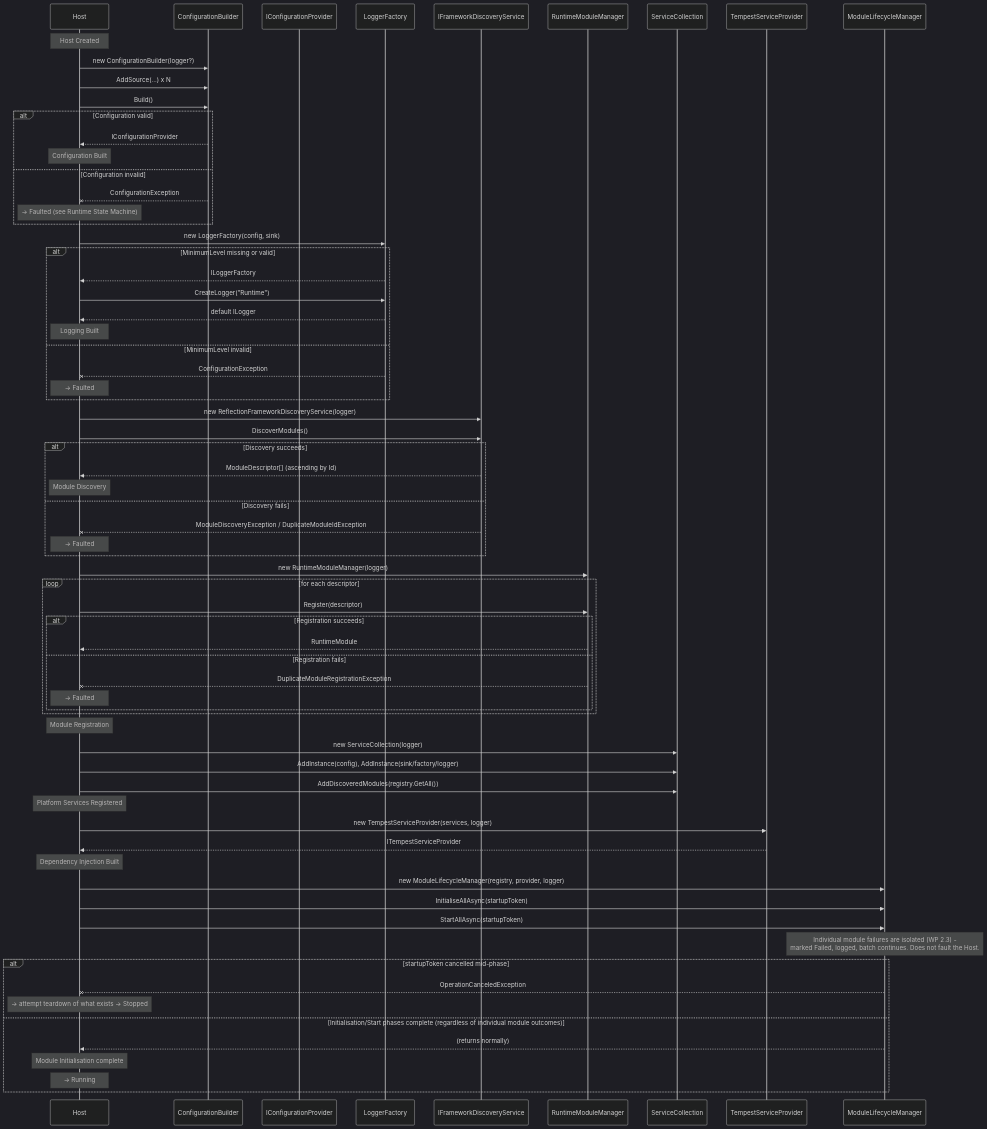
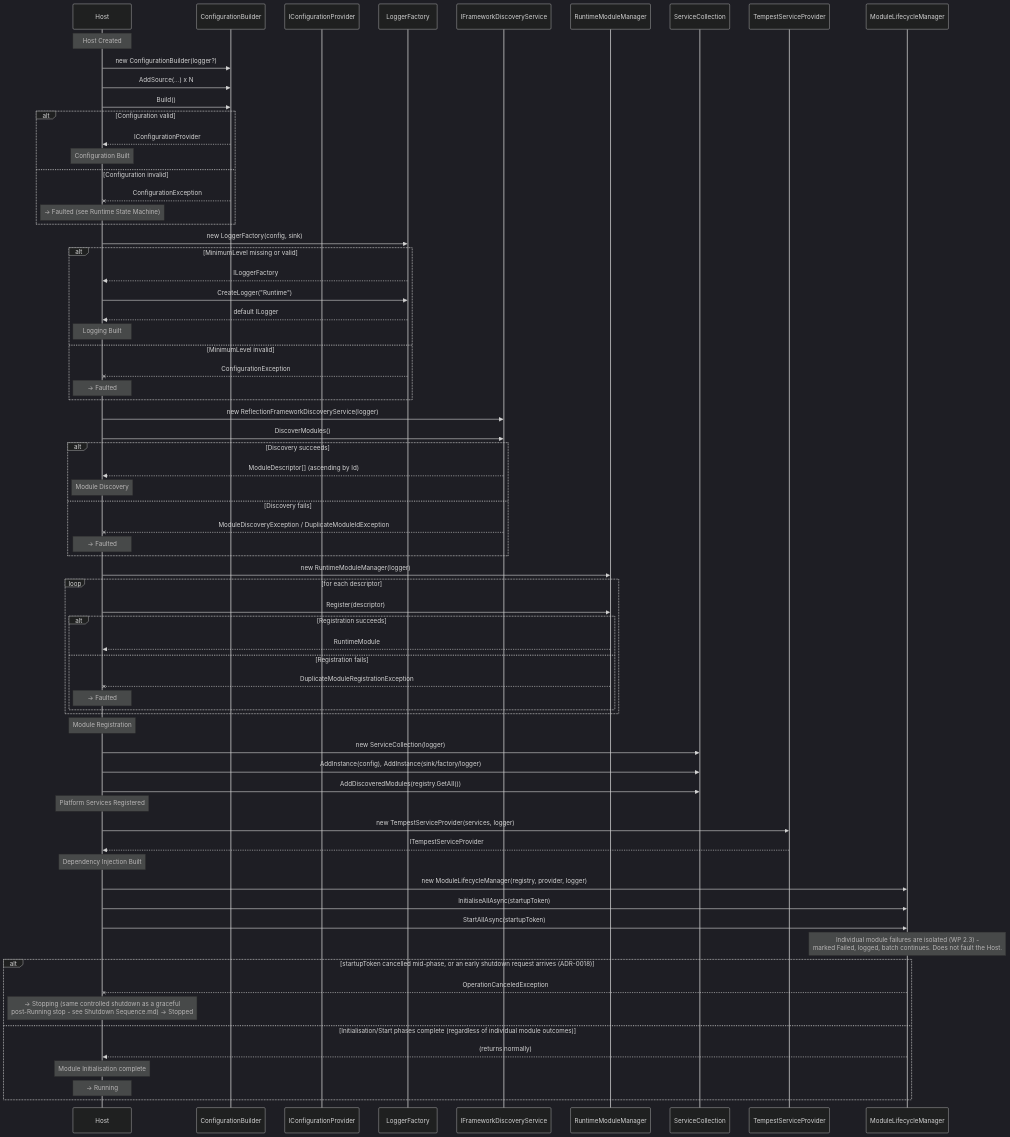
The diagram in docs/architecture/Startup Sequence.md (kreczmans-creator/TempestOS-Core), drawn with Mermaid (dark theme) before and after one commit. The commit also changed other lines of this file and 8 other files, not shown here.

````diff
--- a/docs/architecture/Startup Sequence.md
+++ b/docs/architecture/Startup Sequence.md
@@ -20,79 +20,79 @@
 ```mermaid
 sequenceDiagram
     participant Host
     participant ConfigBuilder as ConfigurationBuilder
     participant Config as IConfigurationProvider
     participant LogFactory as LoggerFactory
     participant Discovery as IFrameworkDiscoveryService
     participant Registry as RuntimeModuleManager
     participant Services as ServiceCollection
     participant Provider as TempestServiceProvider
     participant Lifecycle as ModuleLifecycleManager
 
     Note over Host: Host Created
     Host->>ConfigBuilder: new ConfigurationBuilder(logger?)
     Host->>ConfigBuilder: AddSource(...) x N
     Host->>ConfigBuilder: Build()
     alt Configuration valid
         ConfigBuilder-->>Host: IConfigurationProvider
         Note over Host: Configuration Built
     else Configuration invalid
         ConfigBuilder--xHost: ConfigurationException
         Note over Host: -> Faulted (see Runtime State Machine)
     end
 
     Host->>LogFactory: new LoggerFactory(config, sink)
     alt MinimumLevel missing or valid
         LogFactory-->>Host: ILoggerFactory
         Host->>LogFactory: CreateLogger("Runtime")
         LogFactory-->>Host: default ILogger
         Note over Host: Logging Built
     else MinimumLevel invalid
         LogFactory--xHost: ConfigurationException
         Note over Host: -> Faulted
     end
 
     Host->>Discovery: new ReflectionFrameworkDiscoveryService(logger)
     Host->>Discovery: DiscoverModules()
     alt Discovery succeeds
         Discovery-->>Host: ModuleDescriptor[] (ascending by Id)
         Note over Host: Module Discovery
     else Discovery fails
         Discovery--xHost: ModuleDiscoveryException / DuplicateModuleIdException
         Note over Host: -> Faulted
     end
 
     Host->>Registry: new RuntimeModuleManager(logger)
     loop for each descriptor
         Host->>Registry: Register(descriptor)
         alt Registration succeeds
             Registry-->>Host: RuntimeModule
         else Registration fails
             Registry--xHost: DuplicateModuleRegistrationException
             Note over Host: -> Faulted
         end
     end
     Note over Host: Module Registration
 
     Host->>Services: new ServiceCollection(logger)
     Host->>Services: AddInstance(config), AddInstance(sink/factory/logger)
     Host->>Services: AddDiscoveredModules(registry.GetAll())
     Note over Host: Platform Services Registered
 
     Host->>Provider: new TempestServiceProvider(services, logger)
     Provider-->>Host: ITempestServiceProvider
     Note over Host: Dependency Injection Built
 
     Host->>Lifecycle: new ModuleLifecycleManager(registry, provider, logger)
     Host->>Lifecycle: InitialiseAllAsync(startupToken)
     Host->>Lifecycle: StartAllAsync(startupToken)
     Note over Lifecycle: Individual module failures are isolated (WP 2.3) -<br/>marked Failed, logged, batch continues. Does not fault the Host.
-    alt startupToken cancelled mid-phase
+    alt startupToken cancelled mid-phase, or an early shutdown request arrives (ADR-0018)
         Lifecycle--xHost: OperationCanceledException
-        Note over Host: -> attempt teardown of what exists -> Stopped
+        Note over Host: -> Stopping (same controlled shutdown as a graceful<br/>post-Running stop - see Shutdown Sequence.md) -> Stopped
     else Initialisation/Start phases complete (regardless of individual module outcomes)
         Lifecycle-->>Host: (returns normally)
         Note over Host: Module Initialisation complete
         Note over Host: -> Running
     end
 ```
````
